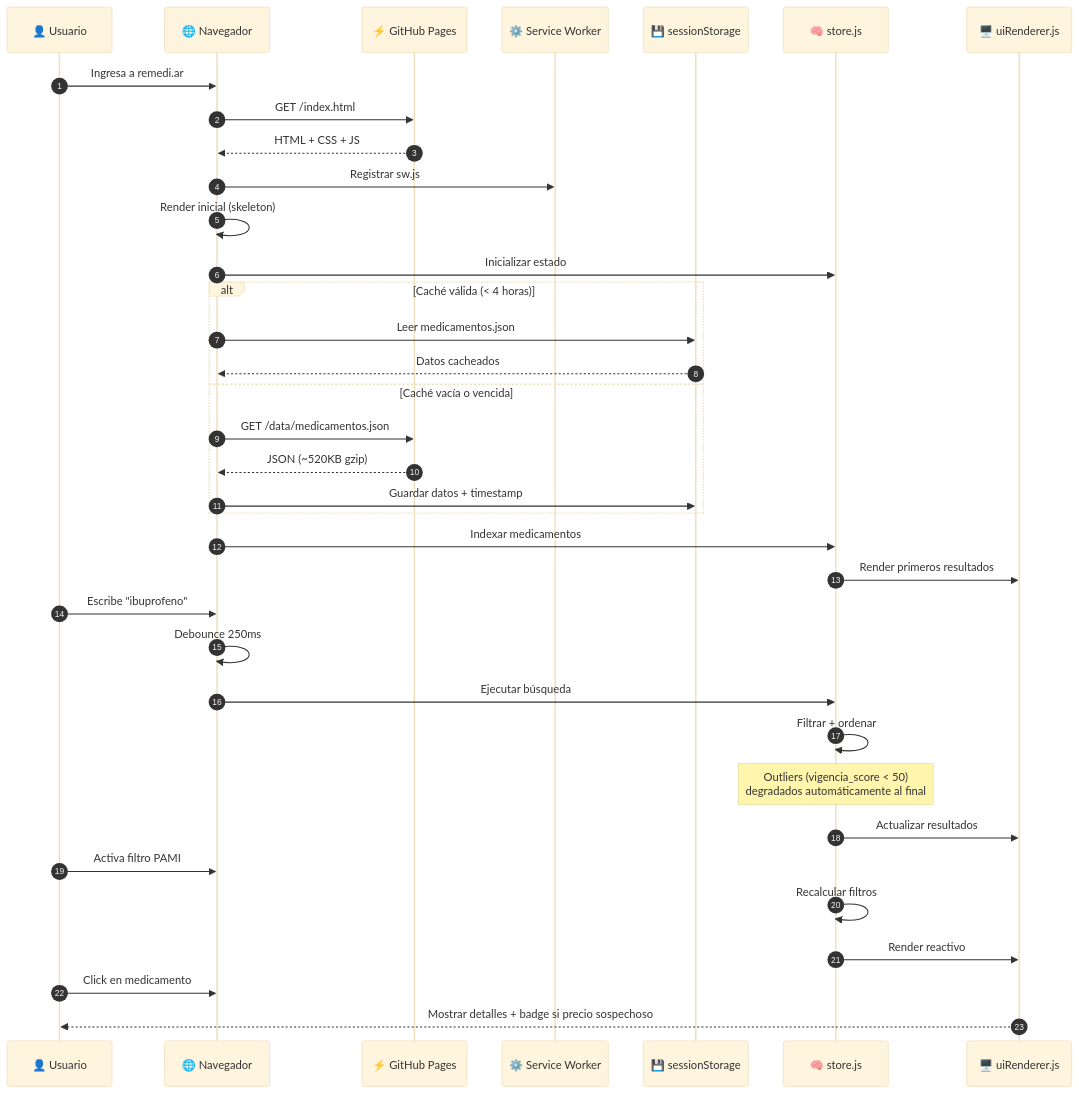
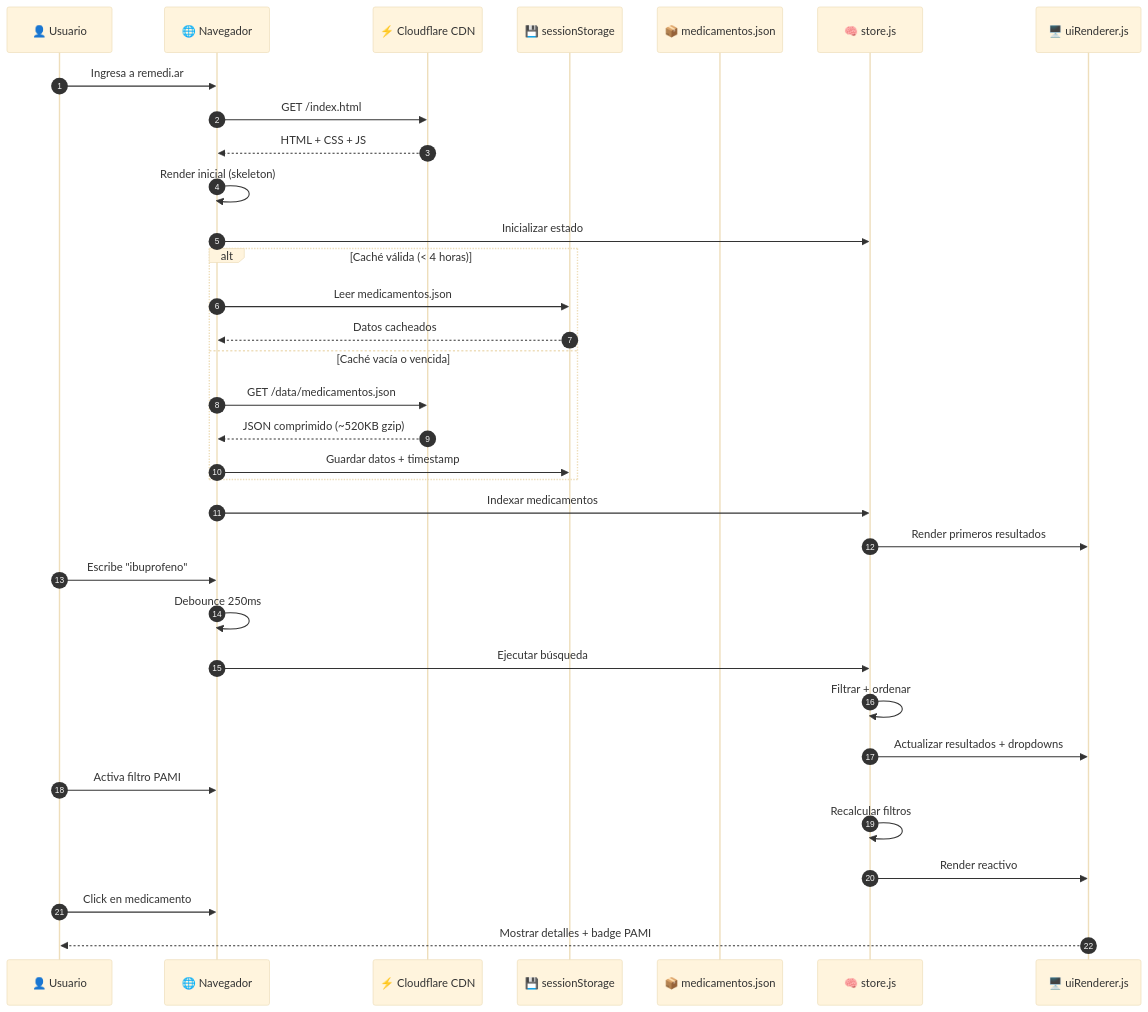
Before and after one commit to psbella/remediar: the first of 5 diagrams in README.md, drawn with Mermaid (base theme). The commit also changed other lines of this file, not shown here.

````diff
--- a/README.md
+++ b/README.md
@@ -186,49 +182,47 @@
 ```mermaid
 sequenceDiagram
     autonumber
 
     participant U as 👤 Usuario
     participant B as 🌐 Navegador
-    participant GHP as ⚡ GitHub Pages
-    participant SW as ⚙️ Service Worker
+    participant CDN as ⚡ Cloudflare CDN
     participant CACHE as 💾 sessionStorage
+    participant JSON as 📦 medicamentos.json
     participant STORE as 🧠 store.js
     participant UI as 🖥️ uiRenderer.js
 
     U->>B: Ingresa a remedi.ar
 
-    B->>GHP: GET /index.html
-    GHP-->>B: HTML + CSS + JS
+    B->>CDN: GET /index.html
+    CDN-->>B: HTML + CSS + JS
 
-    B->>SW: Registrar sw.js
     B->>B: Render inicial (skeleton)
     B->>STORE: Inicializar estado
 
     alt Caché válida (< 4 horas)
         B->>CACHE: Leer medicamentos.json
         CACHE-->>B: Datos cacheados
     else Caché vacía o vencida
-        B->>GHP: GET /data/medicamentos.json
-        GHP-->>B: JSON (~520KB gzip)
+        B->>CDN: GET /data/medicamentos.json
+        CDN-->>B: JSON comprimido (~520KB gzip)
         B->>CACHE: Guardar datos + timestamp
     end
 
     B->>STORE: Indexar medicamentos
     STORE->>UI: Render primeros resultados
 
     U->>B: Escribe "ibuprofeno"
 
     B->>B: Debounce 250ms
     B->>STORE: Ejecutar búsqueda
 
     STORE->>STORE: Filtrar + ordenar
-    Note over STORE: Outliers (vigencia_score < 50)<br/>degradados automáticamente al final
-    STORE->>UI: Actualizar resultados
+    STORE->>UI: Actualizar resultados + dropdowns
 
     U->>B: Activa filtro PAMI
     STORE->>STORE: Recalcular filtros
     STORE->>UI: Render reactivo
 
     U->>B: Click en medicamento
-    UI-->>U: Mostrar detalles + badge si precio sospechoso
+    UI-->>U: Mostrar detalles + badge PAMI
 ```
````
